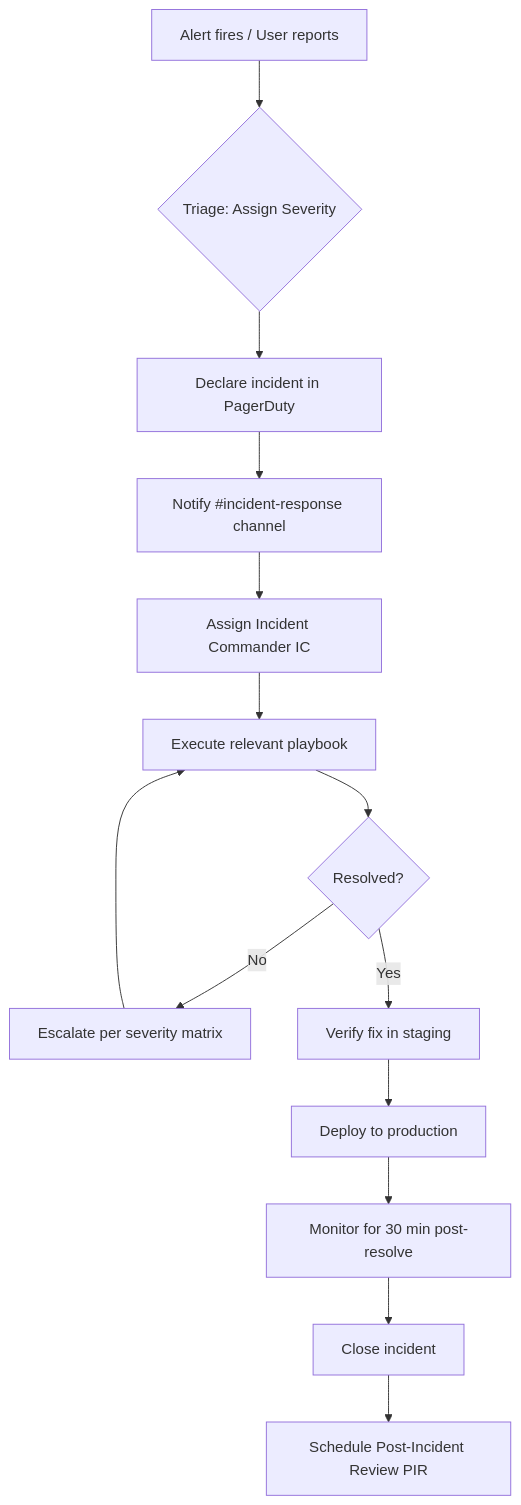
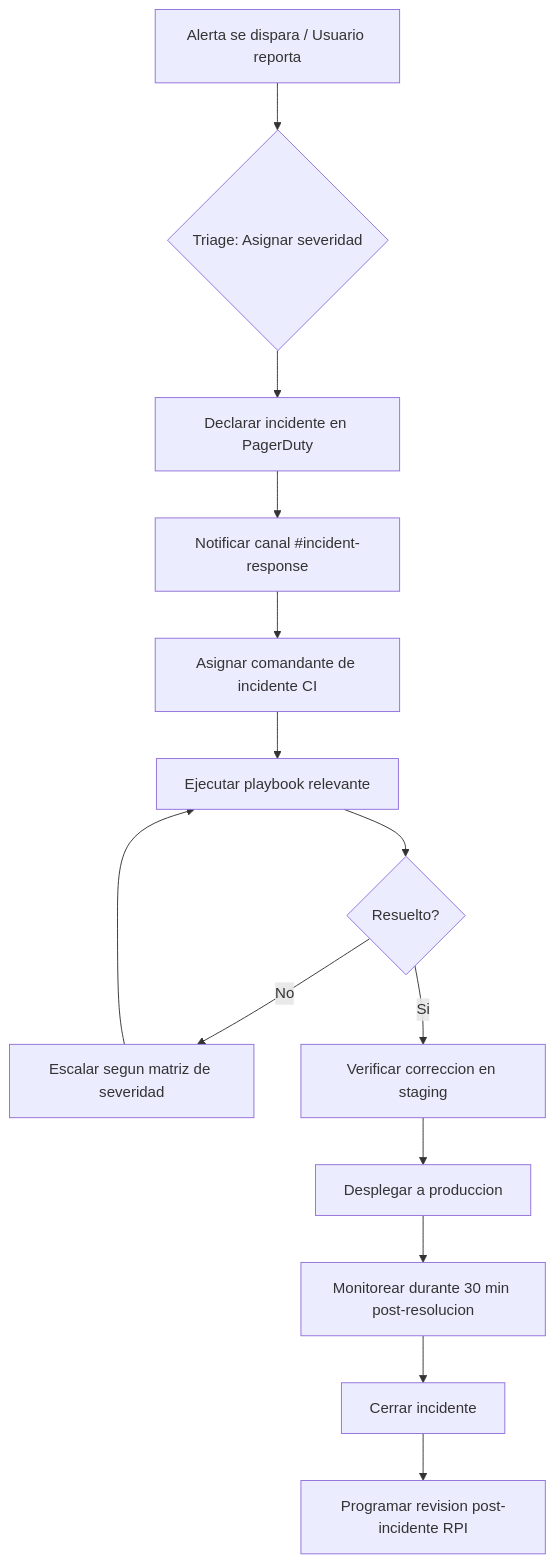
Before and after one commit to nalyd2/users-demo-backstage: the first of 5 diagrams in docs/runbooks/incident-response.md, drawn with Mermaid. The commit also changed other lines of this file and 52 other files, not shown here.

````diff
--- a/docs/runbooks/incident-response.md
+++ b/docs/runbooks/incident-response.md
@@ -35,16 +35,16 @@
 ```mermaid
 flowchart TD
-    A[Alert fires / User reports] --> B{Triage: Assign Severity}
-    B --> C[Declare incident in PagerDuty]
-    C --> D[Notify #incident-response channel]
-    D --> E[Assign Incident Commander IC]
-    E --> F[Execute relevant playbook]
-    F --> G{Resolved?}
-    G -- No --> H[Escalate per severity matrix]
+    A[Alerta se dispara / Usuario reporta] --> B{Triage: Asignar severidad}
+    B --> C[Declarar incidente en PagerDuty]
+    C --> D[Notificar canal #incident-response]
+    D --> E[Asignar comandante de incidente CI]
+    E --> F[Ejecutar playbook relevante]
+    F --> G{Resuelto?}
+    G -- No --> H[Escalar segun matriz de severidad]
     H --> F
-    G -- Yes --> I[Verify fix in staging]
-    I --> J[Deploy to production]
-    J --> K[Monitor for 30 min post-resolve]
-    K --> L[Close incident]
-    L --> M[Schedule Post-Incident Review PIR]
+    G -- Si --> I[Verificar correccion en staging]
+    I --> J[Desplegar a produccion]
+    J --> K[Monitorear durante 30 min post-resolucion]
+    K --> L[Cerrar incidente]
+    L --> M[Programar revision post-incidente RPI]
 ```
````
